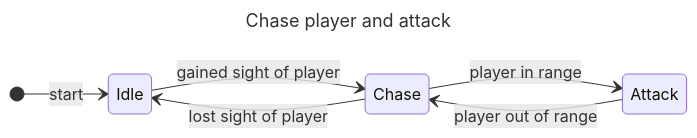
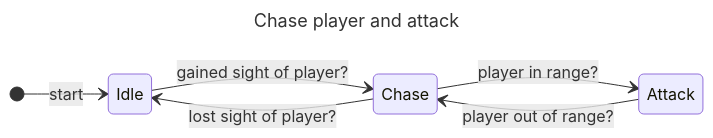
The first of 2 diagrams in _posts/1970-01-01-misunderstanding-state-machines.md (mugenmelon/mugenmelon.github.io), drawn with Mermaid before and after one commit. The commit also changed other lines of this file, not shown here.

```diff
--- a/_posts/1970-01-01-misunderstanding-state-machines.md
+++ b/_posts/1970-01-01-misunderstanding-state-machines.md
@@ -27,13 +30,13 @@
 <pre class="mermaid">
 ---
 title: Chase player and attack
 ---
 stateDiagram-v2
     direction LR
 
     [*] --> Idle: start
-    Idle --> Chase: gained sight of player
-    Chase --> Attack: player in range
-    Chase --> Idle: lost sight of player
-    Attack --> Chase: player out of range
+    Idle --> Chase: gained sight of player?
+    Chase --> Attack: player in range?
+    Chase --> Idle: lost sight of player?
+    Attack --> Chase: player out of range?
 </pre>
```
